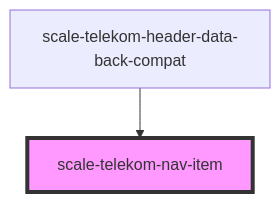
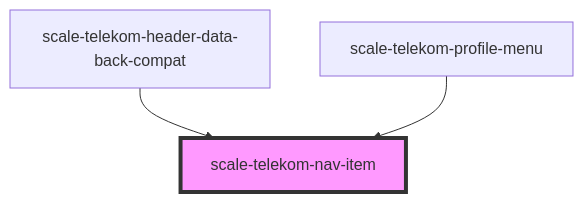
Before and after one commit to telekom/scale: the diagram in packages/components/src/components/telekom/telekom-nav-item/readme.md, drawn with Mermaid. The commit also changed other lines of this file and 27 other files, not shown here.

Commit message:
fix(telekom-profile-menu): stories and flyout menu fixes (#2273)

````diff
--- a/packages/components/src/components/telekom/telekom-nav-item/readme.md
+++ b/packages/components/src/components/telekom/telekom-nav-item/readme.md
@@ -26,5 +27,6 @@
 ```mermaid
 graph TD;
   scale-telekom-header-data-back-compat --> scale-telekom-nav-item
+  scale-telekom-profile-menu --> scale-telekom-nav-item
   style scale-telekom-nav-item fill:#f9f,stroke:#333,stroke-width:4px
 ```
````
